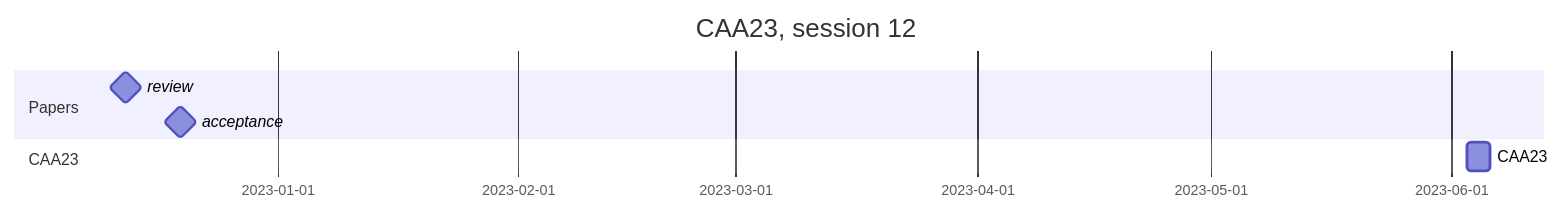
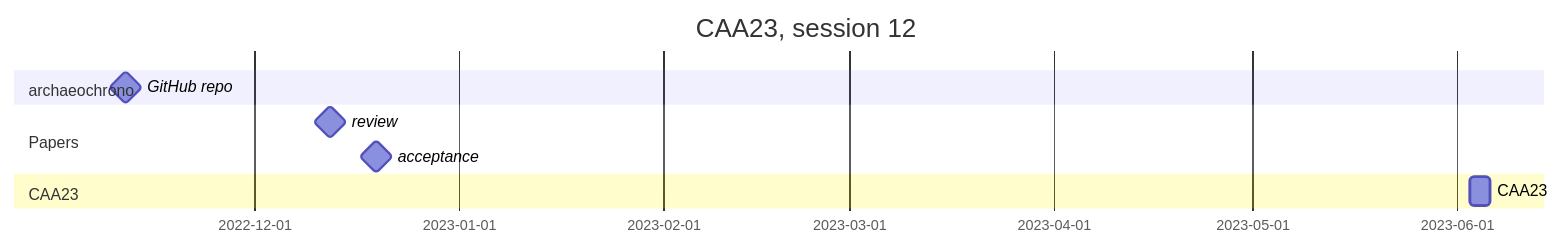
One commit to archaeochrono/caa23 changed the diagram in README.md. Above: the diagram before and after it, drawn with Mermaid.

Commit message:
timeline

````diff
--- a/README.md
+++ b/README.md
@@ -4,10 +4,12 @@
 ```mermaid
 gantt
     title CAA23, session 12
     dateFormat  YYYY-MM-DD
+    section archaeochrono
+    GitHub repo              : milestone, m0, 2022-11-11, 1d
     section Papers
-    review                   : milestone, m0, 2022-12-12, 1d
-    acceptance               : milestone, m0, 2022-12-19, 1d
+    review                   : milestone, m1, 2022-12-12, 1d
+    acceptance               : milestone, m2, 2022-12-19, 1d
     section CAA23
     CAA23                    : a0, 2023-06-03, 3d
 ```
````
